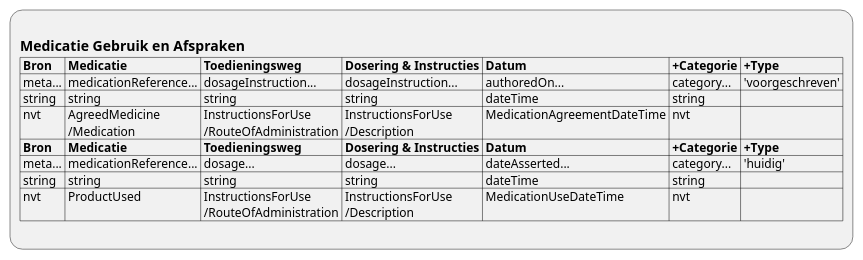
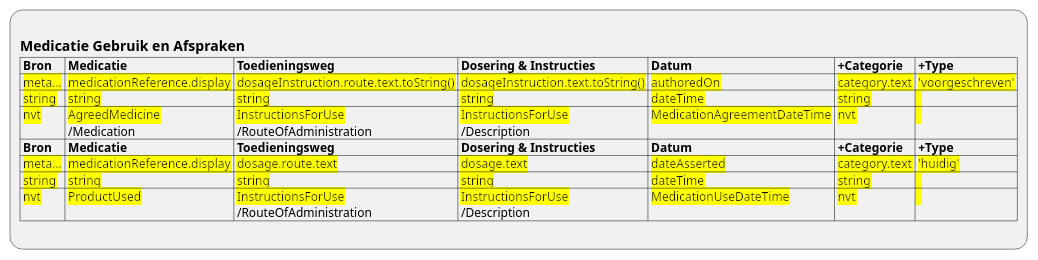
Before and after one commit to RIVO-Noord/zorgviewer-ig: the diagram in input/images-source/ViewDefinition-Medicatiegegevens.plantuml, drawn with PlantUML. The commit also changed 10 other files, not shown here.

```diff
--- a/input/images-source/ViewDefinition-Medicatiegegevens.plantuml
+++ b/input/images-source/ViewDefinition-Medicatiegegevens.plantuml
@@ -1,13 +1,13 @@
 @startuml ViewDefinition-Medicatiegegevens
 :
 == Medicatie Gebruik en Afspraken
 |= Bron |= Medicatie |= Toedieningsweg |= Dosering & Instructies |= Datum |= +Categorie |= +Type |
-| meta... | medicationReference... | dosageInstruction... | dosageInstruction... | authoredOn... | category... | 'voorgeschreven' |
-| string | string | string | string | dateTime | string |  |
-| nvt | AgreedMedicine\n /Medication | InstructionsForUse\n /RouteOfAdministration | InstructionsForUse\n /Description | MedicationAgreementDateTime | nvt |  |
+|<back:yellow> meta... |<back:yellow> medicationReference.display |<back:yellow> dosageInstruction.route.text.toString() |<back:yellow> dosageInstruction.text.toString() |<back:yellow> authoredOn |<back:yellow> category.text |<back:yellow> 'voorgeschreven' |
+|<back:yellow> string |<back:yellow> string |<back:yellow> string |<back:yellow> string |<back:yellow> dateTime |<back:yellow> string |<back:yellow>  |
+|<back:yellow> nvt |<back:yellow> AgreedMedicine\n /Medication |<back:yellow> InstructionsForUse\n /RouteOfAdministration |<back:yellow> InstructionsForUse\n /Description |<back:yellow> MedicationAgreementDateTime |<back:yellow> nvt |<back:yellow>  |
 |= Bron |= Medicatie |= Toedieningsweg |= Dosering & Instructies |= Datum |= +Categorie |= +Type |
-| meta... | medicationReference... | dosage... | dosage... | dateAsserted... | category... | 'huidig' |
-| string | string | string | string | dateTime | string |  |
-| nvt | ProductUsed | InstructionsForUse\n /RouteOfAdministration | InstructionsForUse\n /Description | MedicationUseDateTime | nvt |  |
+|<back:yellow> meta... |<back:yellow> medicationReference.display |<back:yellow> dosage.route.text |<back:yellow> dosage.text |<back:yellow> dateAsserted |<back:yellow> category.text |<back:yellow> 'huidig' |
+|<back:yellow> string |<back:yellow> string |<back:yellow> string |<back:yellow> string |<back:yellow> dateTime |<back:yellow> string |<back:yellow>  |
+|<back:yellow> nvt |<back:yellow> ProductUsed |<back:yellow> InstructionsForUse\n /RouteOfAdministration |<back:yellow> InstructionsForUse\n /Description |<back:yellow> MedicationUseDateTime |<back:yellow> nvt |<back:yellow>  |
 ;
 @enduml
```
